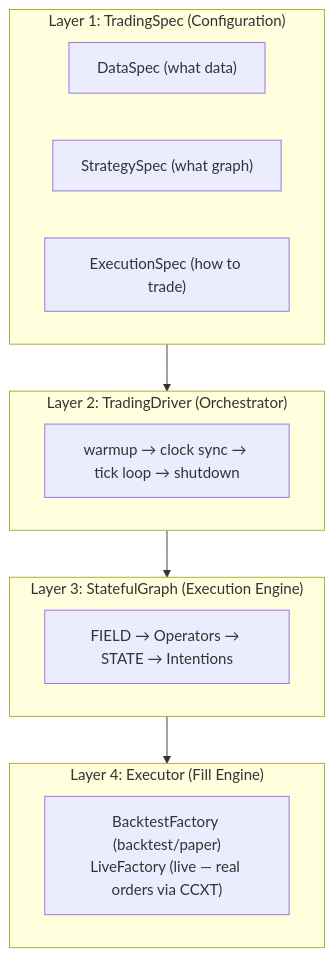
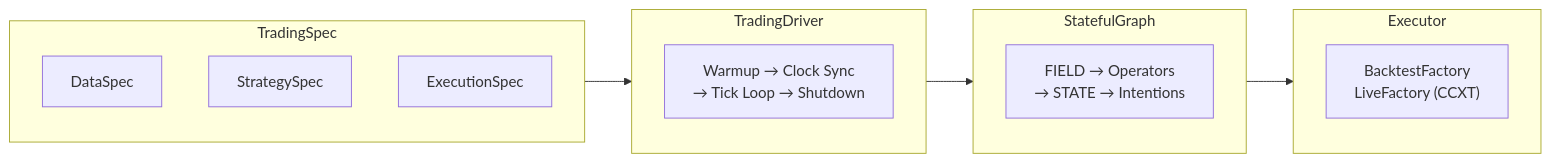
Before and after one commit to Clypt/docs: the second of 2 diagrams in platform/ecosystem-overview.mdx, drawn with Mermaid. The commit also changed other lines of this file and 12 other files, not shown here.

````diff
--- a/platform/ecosystem-overview.mdx
+++ b/platform/ecosystem-overview.mdx
@@ -52,20 +52,20 @@
 ```mermaid
-flowchart TB
-    subgraph L1["Layer 1: TradingSpec (Configuration)"]
-        direction LR
-        DS["DataSpec (what data)"]
-        SS["StrategySpec (what graph)"]
-        ES["ExecutionSpec (how to trade)"]
+flowchart LR
+    subgraph L1["TradingSpec"]
+        direction TB
+        DS["DataSpec"]
+        SS["StrategySpec"]
+        ES["ExecutionSpec"]
     end
-    subgraph L2["Layer 2: TradingDriver (Orchestrator)"]
-        Driver["warmup → clock sync → tick loop → shutdown"]
+    subgraph L2["TradingDriver"]
+        Driver["Warmup → Clock Sync<br>→ Tick Loop → Shutdown"]
     end
-    subgraph L3["Layer 3: StatefulGraph (Execution Engine)"]
-        Graph["FIELD → Operators → STATE → Intentions"]
+    subgraph L3["StatefulGraph"]
+        Graph["FIELD → Operators<br>→ STATE → Intentions"]
     end
-    subgraph L4["Layer 4: Executor (Fill Engine)"]
-        Exec["BacktestFactory (backtest/paper)<br>LiveFactory (live — real orders via CCXT)"]
+    subgraph L4["Executor"]
+        Exec["BacktestFactory<br>LiveFactory (CCXT)"]
     end
 
     L1 --> L2 --> L3 --> L4
 ```
````
